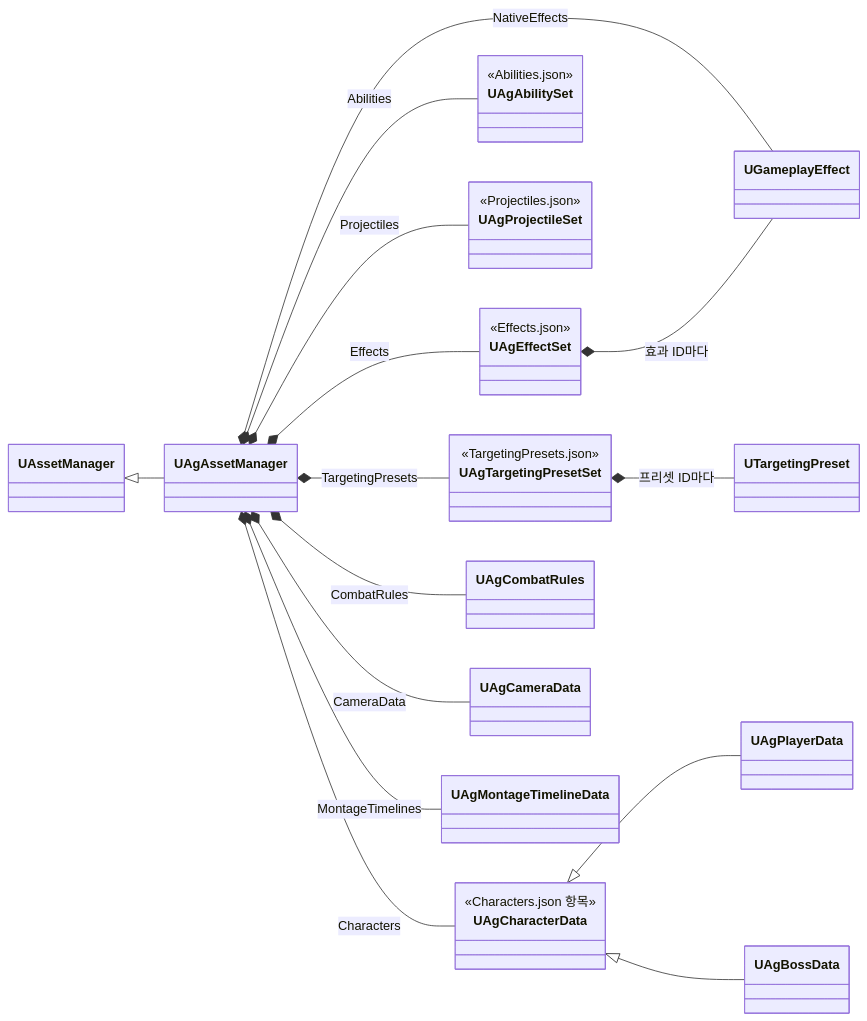
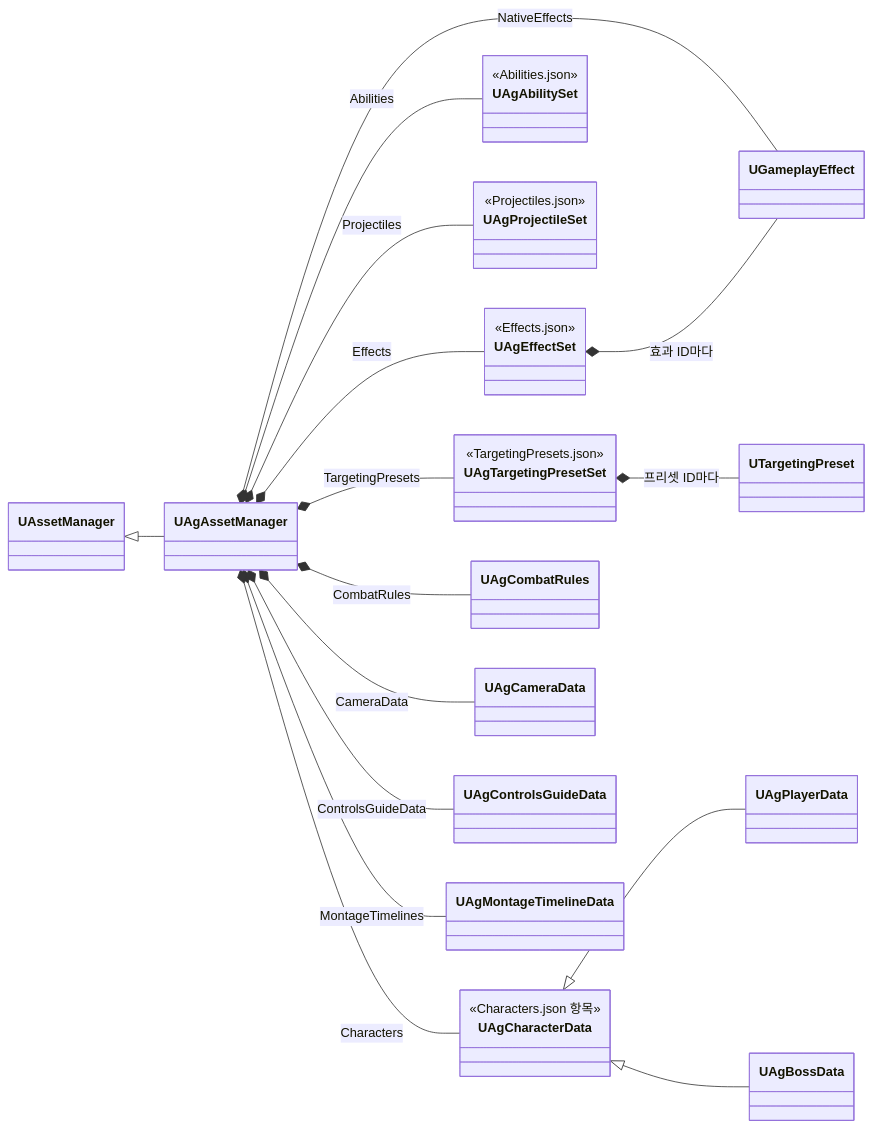
Before and after one commit to Woogl/Ag: the second of 2 diagrams in Docs/Program/JSON 데이터.md, drawn with Mermaid. The commit also changed other lines of this file and 23 other files, not shown here.

````diff
--- a/Docs/Program/JSON 데이터.md
+++ b/Docs/Program/JSON 데이터.md
@@ -176,33 +178,34 @@
 ```mermaid
 classDiagram
     direction LR
     class UAgEffectSet {
         <<Effects.json>>
     }
     class UAgAbilitySet {
         <<Abilities.json>>
     }
     class UAgProjectileSet {
         <<Projectiles.json>>
     }
     class UAgTargetingPresetSet {
         <<TargetingPresets.json>>
     }
     class UAgCharacterData {
         <<Characters.json 항목>>
     }
     UAssetManager <|-- UAgAssetManager
     UAgAssetManager *-- UAgCombatRules : CombatRules
     UAgAssetManager *-- UAgCameraData : CameraData
+    UAgAssetManager *-- UAgControlsGuideData : ControlsGuideData
     UAgAssetManager *-- UAgEffectSet : Effects
     UAgAssetManager *-- UGameplayEffect : NativeEffects
     UAgAssetManager *-- UAgProjectileSet : Projectiles
     UAgAssetManager *-- UAgMontageTimelineData : MontageTimelines
     UAgAssetManager *-- UAgTargetingPresetSet : TargetingPresets
     UAgAssetManager *-- UAgAbilitySet : Abilities
     UAgAssetManager *-- UAgCharacterData : Characters
     UAgEffectSet *-- UGameplayEffect : 효과 ID마다
     UAgTargetingPresetSet *-- UTargetingPreset : 프리셋 ID마다
     UAgCharacterData <|-- UAgPlayerData
     UAgCharacterData <|-- UAgBossData
 ```
````
